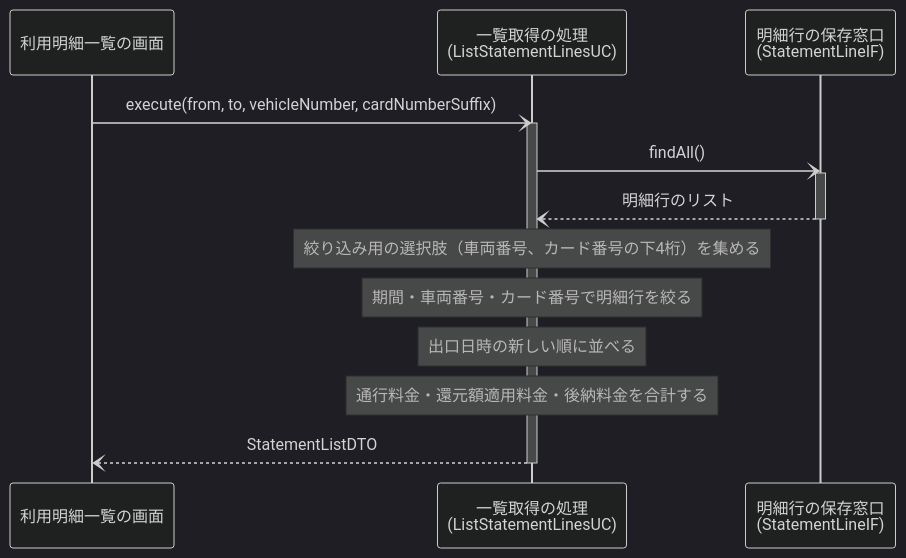
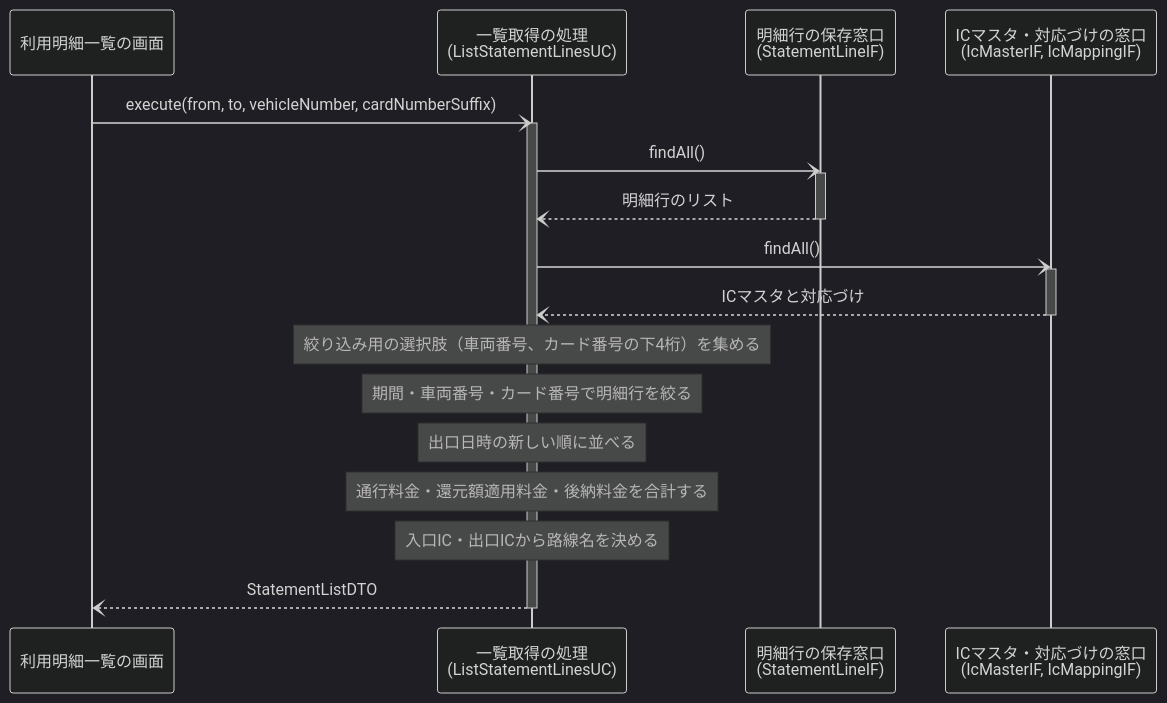
One commit to hnt1028/etc-meisai changed the diagram in docs/systems/processes/PRC-004-list-statement-lines.md. Above: the diagram before and after it, drawn with Mermaid (dark theme). The commit also changed other lines of this file and 20 other files, not shown here.

````diff
--- a/docs/systems/processes/PRC-004-list-statement-lines.md
+++ b/docs/systems/processes/PRC-004-list-statement-lines.md
@@ -46,19 +49,25 @@
 ```mermaid
 sequenceDiagram
     participant UI as 利用明細一覧の画面
     participant UC as 一覧取得の処理<br/>(ListStatementLinesUC)
     participant SL as 明細行の保存窓口<br/>(StatementLineIF)
+    participant IM as ICマスタ・対応づけの窓口<br/>(IcMasterIF, IcMappingIF)
 
     UI-)UC: execute(from, to, vehicleNumber, cardNumberSuffix)
     activate UC
     UC-)SL: findAll()
     activate SL
     SL--)UC: 明細行のリスト
     deactivate SL
+    UC-)IM: findAll()
+    activate IM
+    IM--)UC: ICマスタと対応づけ
+    deactivate IM
     Note over UC: 絞り込み用の選択肢（車両番号、カード番号の下4桁）を集める
     Note over UC: 期間・車両番号・カード番号で明細行を絞る
     Note over UC: 出口日時の新しい順に並べる
     Note over UC: 通行料金・還元額適用料金・後納料金を合計する
+    Note over UC: 入口IC・出口ICから路線名を決める
     UC--)UI: StatementListDTO
     deactivate UC
 ```
````
